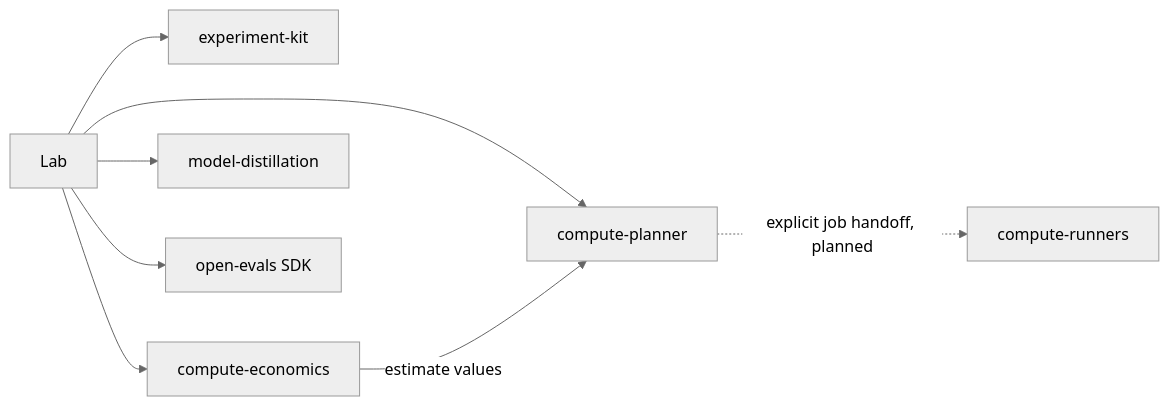
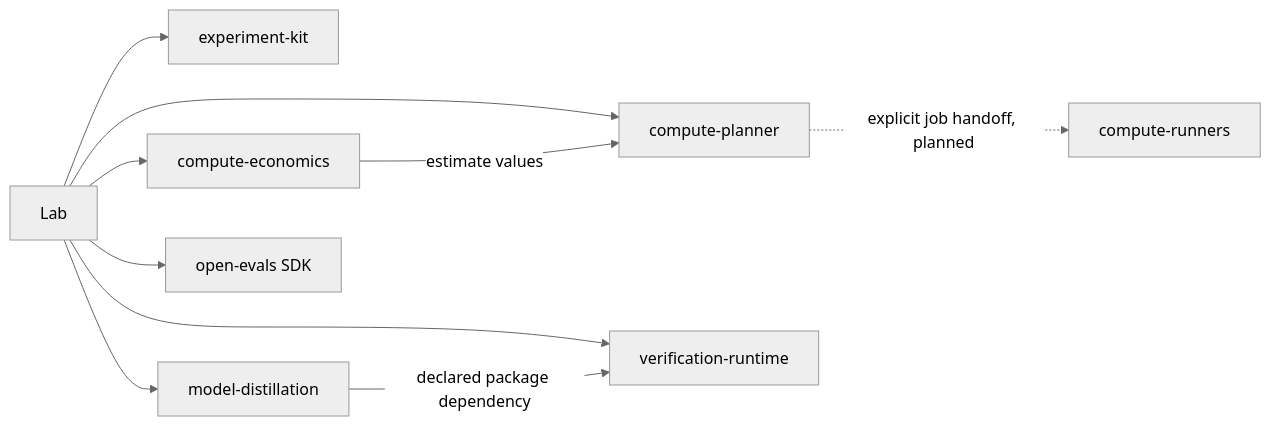
One commit to alvarovillalbaa/lab changed the diagram in docs/ARCHITECTURE.md. Above: the diagram before and after it, drawn with Mermaid (neutral theme). The commit also changed other lines of this file and 13 other files, not shown here.

````diff
--- a/docs/ARCHITECTURE.md
+++ b/docs/ARCHITECTURE.md
@@ -23,10 +23,12 @@
 ```mermaid
 flowchart LR
   Lab --> Records[experiment-kit]
   Lab --> Economics[compute-economics]
   Lab --> Planning[compute-planner]
+  Lab --> Verification[verification-runtime]
   Lab --> Distillation[model-distillation]
+  Distillation -->|declared package dependency| Verification
   Lab --> Evals[open-evals SDK]
   Economics -->|estimate values| Planning
   Planning -. explicit job handoff, planned .-> Runners[compute-runners]
 ```
````
